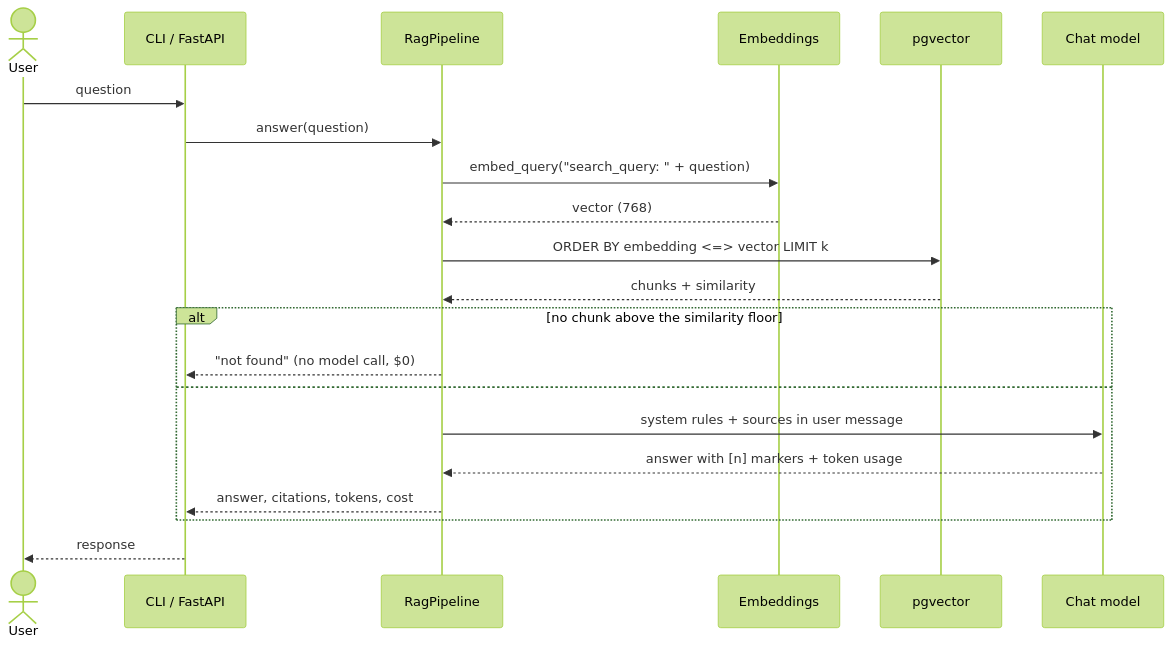
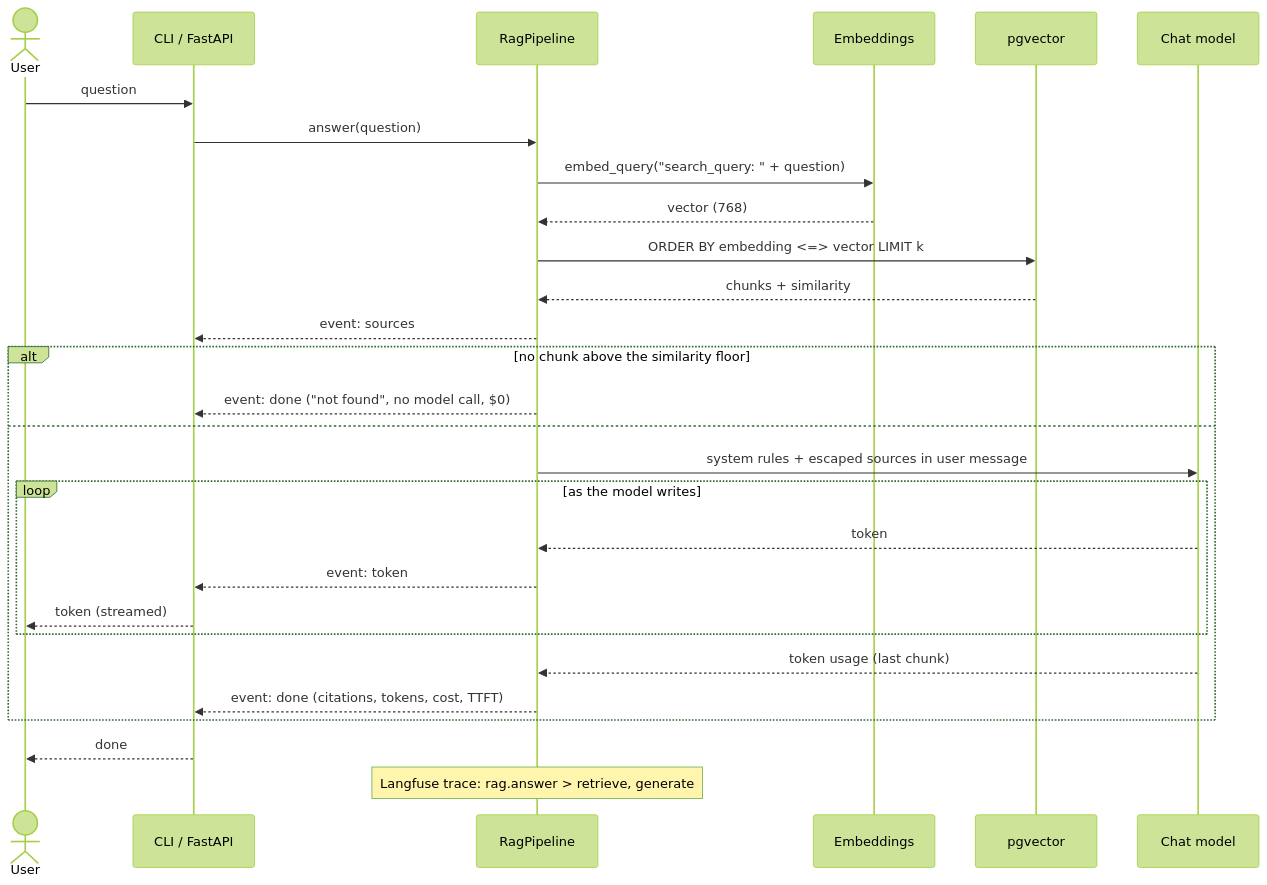
The second of 4 diagrams in docs/architecture/README.md (ashokgharpankar/kb-assistant), drawn with Mermaid (forest theme) before and after one commit. The commit also changed other lines of this file and 39 other files, not shown here.

````diff
--- a/docs/architecture/README.md
+++ b/docs/architecture/README.md
@@ -52,24 +54,31 @@
 ```mermaid
 sequenceDiagram
   actor U as User
   participant API as CLI / FastAPI
   participant R as RagPipeline
   participant EM as Embeddings
   participant DB as pgvector
   participant LLM as Chat model
 
   U->>API: question
   API->>R: answer(question)
   R->>EM: embed_query("search_query: " + question)
   EM-->>R: vector (768)
   R->>DB: ORDER BY embedding <=> vector LIMIT k
   DB-->>R: chunks + similarity
+  R-->>API: event: sources
   alt no chunk above the similarity floor
-    R-->>API: "not found" (no model call, $0)
+    R-->>API: event: done ("not found", no model call, $0)
   else
-    R->>LLM: system rules + sources in user message
-    LLM-->>R: answer with [n] markers + token usage
-    R-->>API: answer, citations, tokens, cost
+    R->>LLM: system rules + escaped sources in user message
+    loop as the model writes
+      LLM-->>R: token
+      R-->>API: event: token
+      API-->>U: token (streamed)
+    end
+    LLM-->>R: token usage (last chunk)
+    R-->>API: event: done (citations, tokens, cost, TTFT)
   end
-  API-->>U: response
+  API-->>U: done
+  Note over R: Langfuse trace: rag.answer > retrieve, generate
 ```
````
